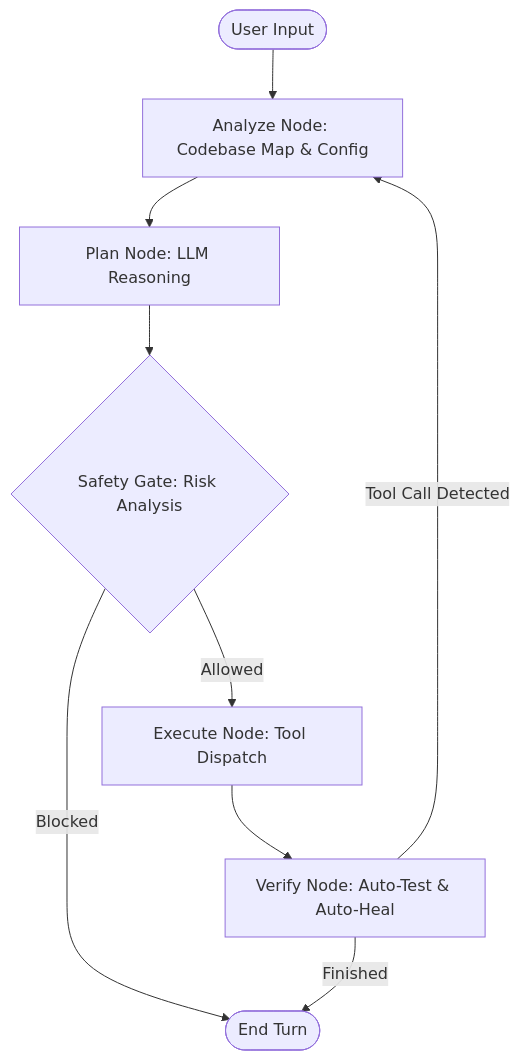
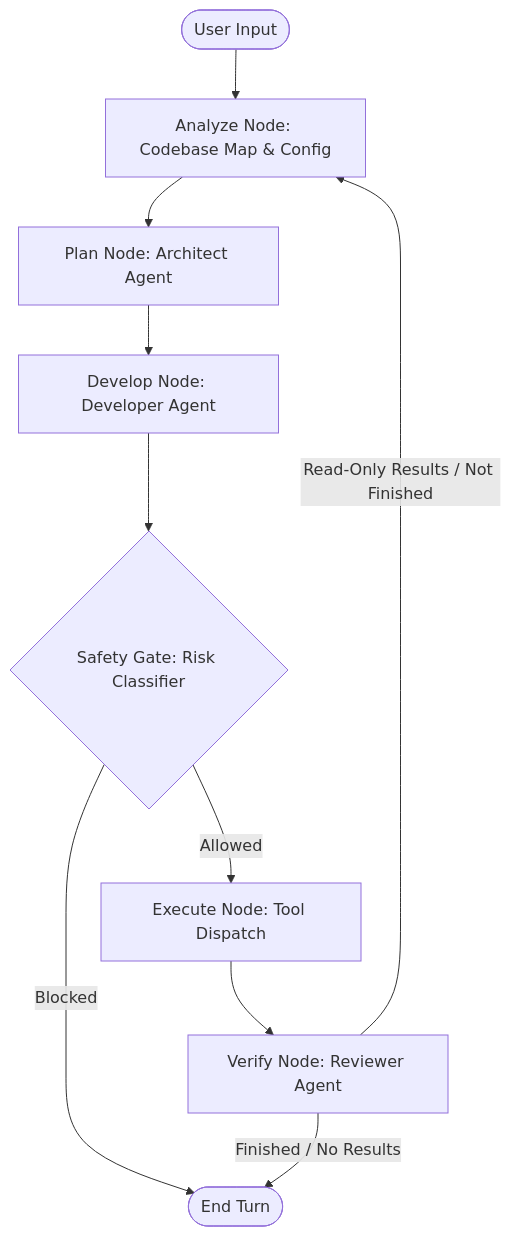
One commit to dextermadh/999-CLI changed the diagram in README.md. Above: the diagram before and after it, drawn with Mermaid. The commit also changed other lines of this file, not shown here.

Commit message:
docs(readme): update architecture diagram and document multi-agent swarm
- Updated the Mermaid graph to show the actual flow: Analyze -> Plan -> Develop -> Safety -> Execute -> Verify.
- Added a description of the Multi-Agent Swarm (Architect, Developer, Reviewer) to clarify the system design.
- Clarified loop-back conditions in the diagram to match the recent autonomy fixes.

````diff
--- a/README.md
+++ b/README.md
@@ -54,11 +59,12 @@
 ```mermaid
 graph TD
     User([User Input]) --> Analyze[Analyze Node: Codebase Map & Config]
-    Analyze --> Plan[Plan Node: LLM Reasoning]
-    Plan --> Safety{Safety Gate: Risk Analysis}
+    Analyze --> Plan[Plan Node: Architect Agent]
+    Plan --> Develop[Develop Node: Developer Agent]
+    Develop --> Safety{Safety Gate: Risk Classifier}
     Safety -- Blocked --> END([End Turn])
     Safety -- Allowed --> Execute[Execute Node: Tool Dispatch]
-    Execute --> Verify[Verify Node: Auto-Test & Auto-Heal]
-    Verify -- Tool Call Detected --> Analyze
-    Verify -- Finished --> END
+    Execute --> Verify[Verify Node: Reviewer Agent]
+    Verify -- "Read-Only Results / Not Finished" --> Analyze
+    Verify -- "Finished / No Results" --> END
 ```
````
